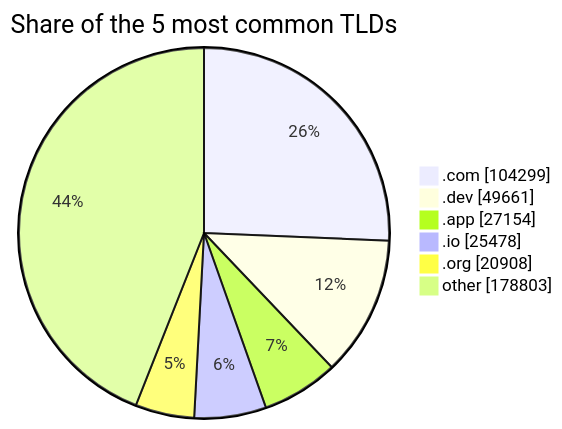
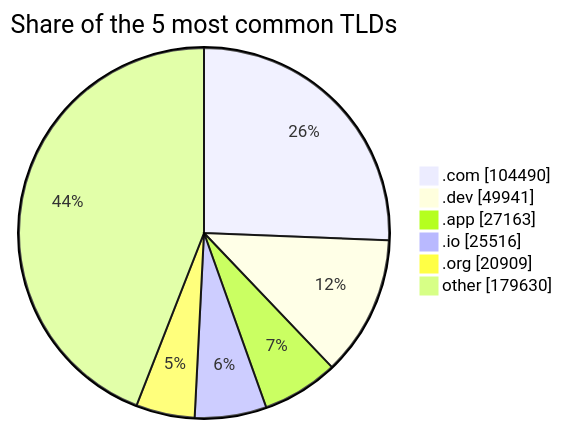
Before and after one commit to DNSBunker/CTI: the third of 3 diagrams in README.md, drawn with Mermaid. The commit also changed other lines of this file and 3 other files, not shown here.

````diff
--- a/README.md
+++ b/README.md
@@ -81,9 +81,9 @@
 ```mermaid
 pie showData title Share of the 5 most common TLDs
-    ".com" : 104299
-    ".dev" : 49661
-    ".app" : 27154
-    ".io" : 25478
-    ".org" : 20908
-    "other" : 178803
+    ".com" : 104490
+    ".dev" : 49941
+    ".app" : 27163
+    ".io" : 25516
+    ".org" : 20909
+    "other" : 179630
 ```
````
